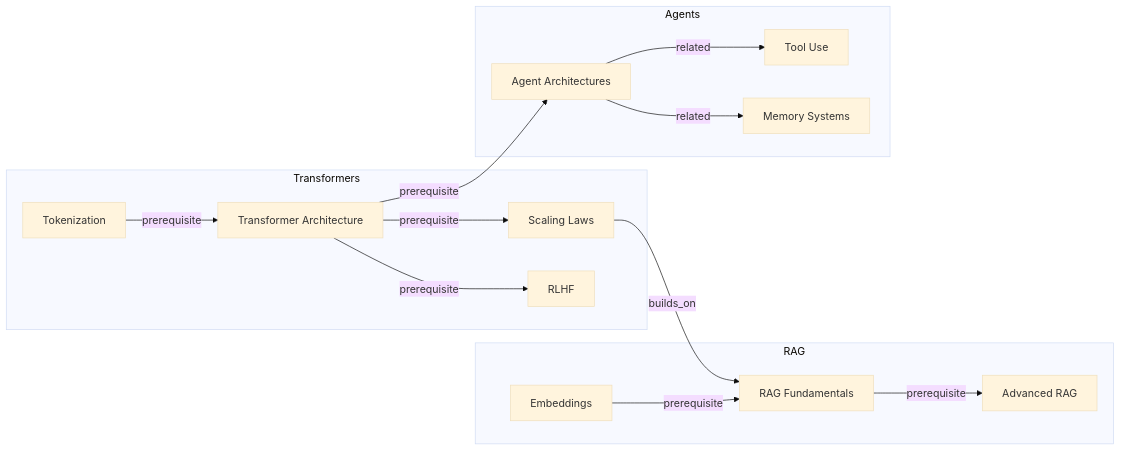
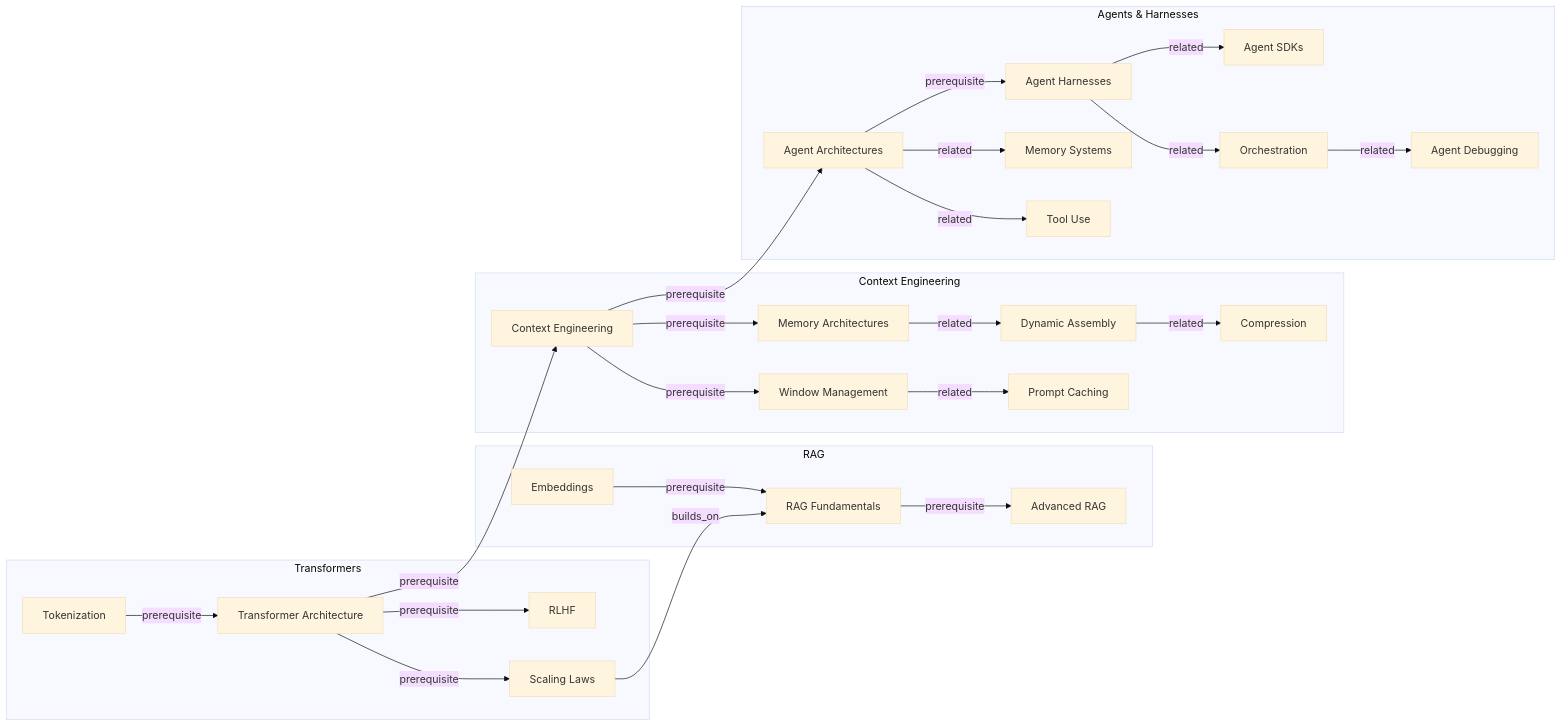
One commit to v9ai/ai-apps changed the fifth of 11 diagrams in apps/knowledge/README.md. Above: the diagram before and after it, drawn with Mermaid (base theme). The commit also changed other lines of this file and 10 other files, not shown here.

````diff
--- a/apps/knowledge/README.md
+++ b/apps/knowledge/README.md
@@ -166,31 +166,54 @@
 ```mermaid
 graph LR
     subgraph Transformers
         T1[Transformer Architecture]
         T2[Tokenization]
         T3[Scaling Laws]
         T4[RLHF]
     end
 
     subgraph RAG
         R1[RAG Fundamentals]
         R2[Advanced RAG]
         R3[Embeddings]
     end
 
-    subgraph Agents
+    subgraph Context["Context Engineering"]
+        C1[Context Engineering]
+        C2[Window Management]
+        C3[Memory Architectures]
+        C4[Prompt Caching]
+        C5[Dynamic Assembly]
+        C6[Compression]
+    end
+
+    subgraph Agents["Agents & Harnesses"]
         A1[Agent Architectures]
         A2[Tool Use]
         A3[Memory Systems]
+        A4[Agent Harnesses]
+        A5[Orchestration]
+        A6[Agent SDKs]
+        A7[Agent Debugging]
     end
 
     T1 -->|prerequisite| T3
     T1 -->|prerequisite| T4
     T2 -->|prerequisite| T1
     T3 -->|builds_on| R1
     R3 -->|prerequisite| R1
     R1 -->|prerequisite| R2
-    T1 -->|prerequisite| A1
+    T1 -->|prerequisite| C1
+    C1 -->|prerequisite| C2
+    C1 -->|prerequisite| C3
+    C2 -->|related| C4
+    C3 -->|related| C5
+    C5 -->|related| C6
+    C1 -->|prerequisite| A1
     A1 -->|related| A2
     A1 -->|related| A3
+    A1 -->|prerequisite| A4
+    A4 -->|related| A5
+    A4 -->|related| A6
+    A5 -->|related| A7
 ```
````
